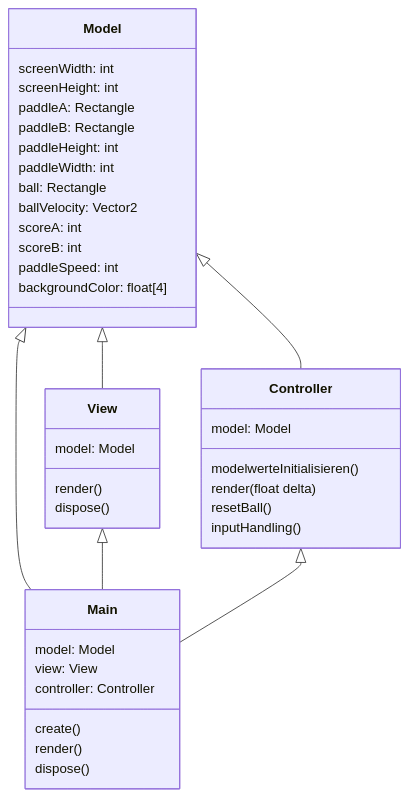
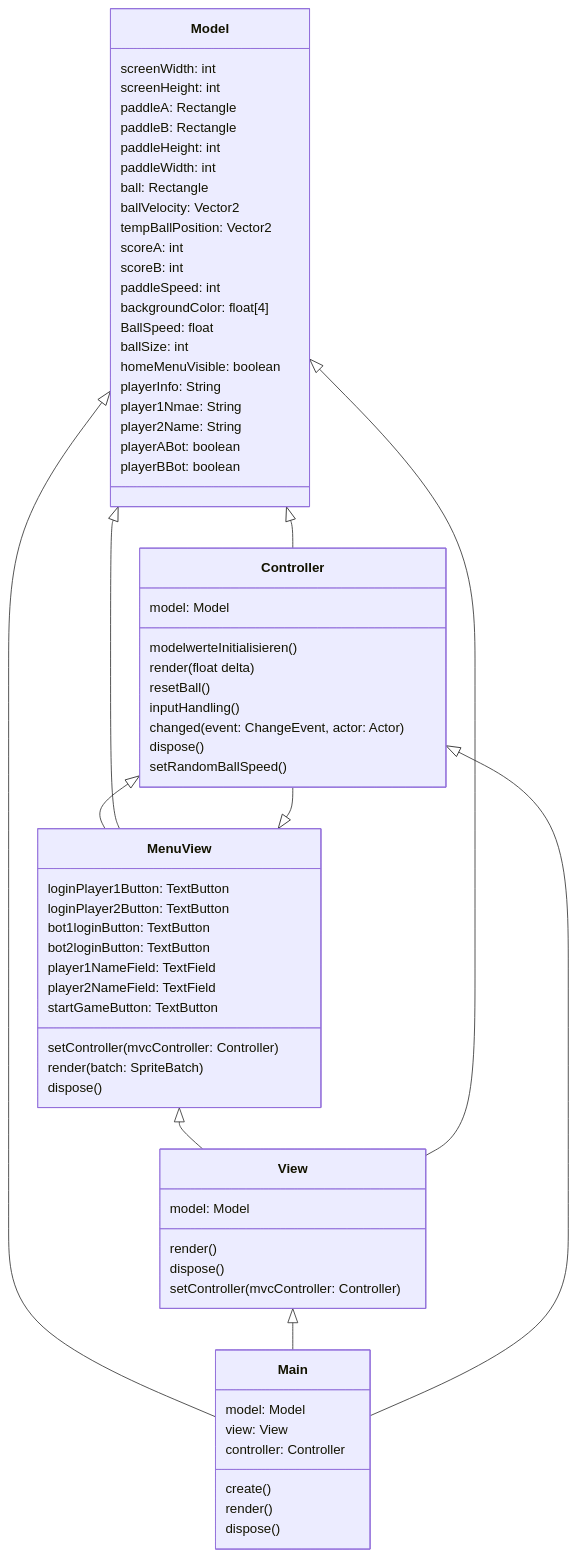
The diagram in README.md (cpaech/ProjectCharlie), drawn with Mermaid before and after one commit. The commit also changed other lines of this file, not shown here.

````diff
--- a/README.md
+++ b/README.md
@@ -53,42 +73,72 @@
 ```mermaid
 classDiagram
 Model <|-- Main
 View <|-- Main
+MenuView <|-- View
+MenuView <|-- Controller
+Controller <|-- MenuView
 Controller <|-- Main
 Model <|-- View
 Model <|-- Controller
+Model <|-- MenuView
 class Model {
     screenWidth: int
     screenHeight: int
     paddleA: Rectangle
     paddleB: Rectangle
     paddleHeight: int
     paddleWidth: int
     ball: Rectangle
     ballVelocity: Vector2
+    tempBallPosition: Vector2
     scoreA: int
     scoreB: int
     paddleSpeed: int
     backgroundColor: float[4]
+    BallSpeed: float
+    ballSize: int
+    homeMenuVisible: boolean
+    playerInfo: String
+    player1Nmae: String
+    player2Name: String
+    playerABot: boolean
+    playerBBot: boolean
 }
 class Controller {
     model: Model
     modelwerteInitialisieren()
     render(float delta)
     resetBall()
     inputHandling()
+    changed(event: ChangeEvent, actor: Actor)
+    dispose()
+    setRandomBallSpeed()
+    
 }
 class View {
     model: Model
     render()
     dispose()
+    setController(mvcController: Controller)
 }
 class Main {
     model: Model
     view: View
     controller: Controller
     create()
     render()
     dispose()
 }
+class MenuView {
+    loginPlayer1Button: TextButton
+    loginPlayer2Button: TextButton
+    bot1loginButton: TextButton
+    bot2loginButton: TextButton
+    player1NameField: TextField
+    player2NameField: TextField
+    startGameButton: TextButton
+    setController(mvcController: Controller)
+    render(batch: SpriteBatch)
+    dispose()
+}
 ```
````
